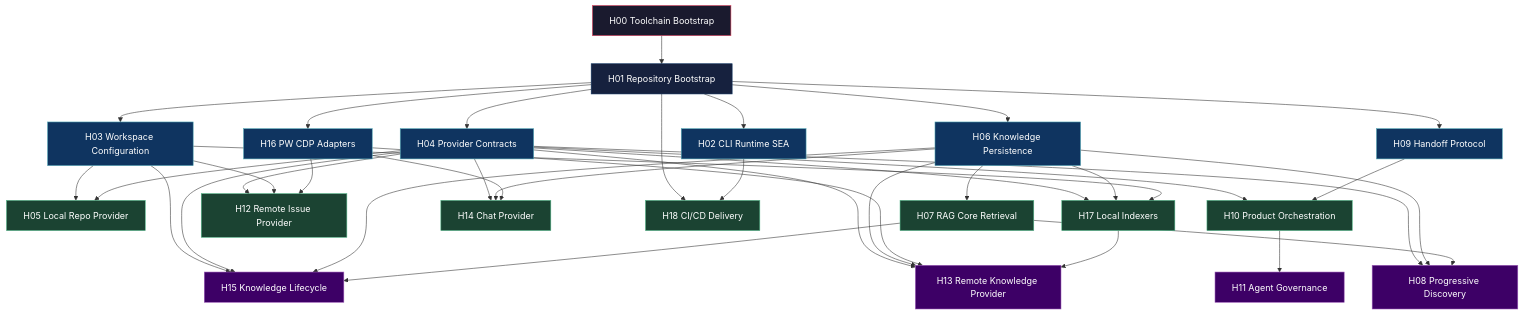
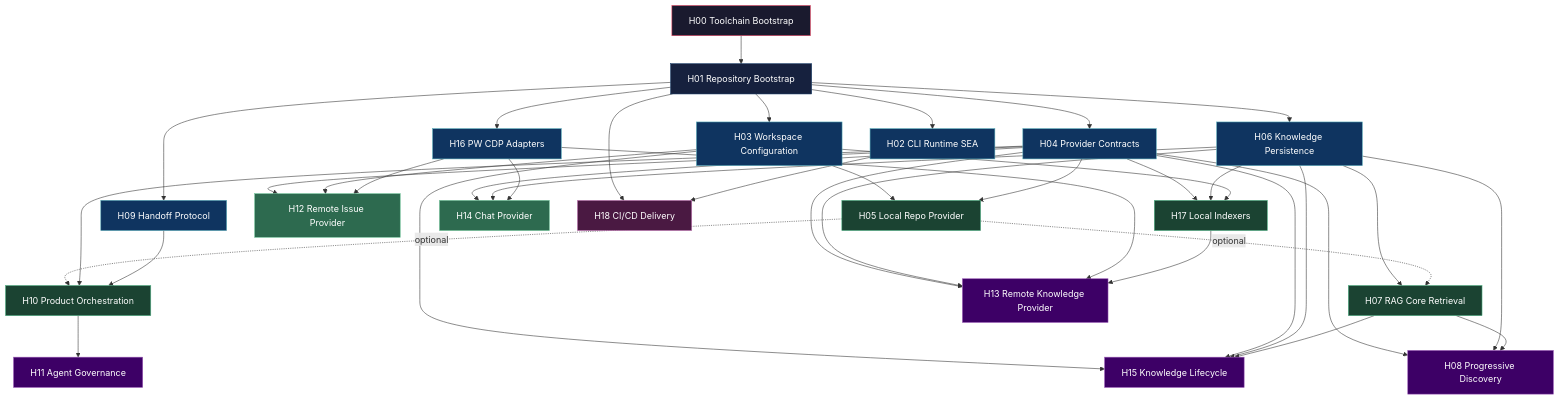
One commit to virgenherrera/virgil changed the first of 2 diagrams in VIRGIL_HANDOFF_SEED.md. Above: the diagram before and after it, drawn with Mermaid. The commit also changed other lines of this file and 4 other files, not shown here.

````diff
--- a/VIRGIL_HANDOFF_SEED.md
+++ b/VIRGIL_HANDOFF_SEED.md
@@ -1275,62 +1275,68 @@
 ```mermaid
 graph TD
     H00[H00 Toolchain Bootstrap] --> H01[H01 Repository Bootstrap]
 
     H01 --> H02[H02 CLI Runtime SEA]
     H01 --> H03[H03 Workspace Configuration]
     H01 --> H04[H04 Provider Contracts]
     H01 --> H06[H06 Knowledge Persistence]
     H01 --> H09[H09 Handoff Protocol]
     H01 --> H16[H16 PW CDP Adapters]
 
     H03 --> H05[H05 Local Repo Provider]
     H04 --> H05
 
     H06 --> H07[H07 RAG Core Retrieval]
+    H05 -.->|optional| H07
+    H05 -.->|optional| H10
 
     H04 --> H10[H10 Product Orchestration]
     H09 --> H10
 
     H10 --> H11[H11 Agent Governance]
 
     H04 --> H08[H08 Progressive Discovery]
     H06 --> H08
     H07 --> H08
 
     H04 --> H12[H12 Remote Issue Provider]
     H03 --> H12
     H16 --> H12
 
     H04 --> H13[H13 Remote Knowledge Provider]
     H06 --> H13
     H16 --> H13
     H17 --> H13
 
     H04 --> H14[H14 Chat Provider]
     H06 --> H14
     H16 --> H14
 
     H03 --> H15[H15 Knowledge Lifecycle]
     H04 --> H15
     H06 --> H15
     H07 --> H15
 
     H04 --> H17[H17 Local Indexers]
     H06 --> H17
     H03 --> H17
 
     H01 --> H18[H18 CI/CD Delivery]
     H02 --> H18
 
     classDef wave0 fill:#1a1a2e,stroke:#e94560,color:#fff
     classDef wave1 fill:#16213e,stroke:#0f3460,color:#fff
     classDef wave2 fill:#0f3460,stroke:#53a8b6,color:#fff
-    classDef wave3 fill:#1b4332,stroke:#52b788,color:#fff
+    classDef wave3a fill:#1b4332,stroke:#52b788,color:#fff
+    classDef wave3b fill:#2d6a4f,stroke:#74c69d,color:#fff
     classDef wave4 fill:#3d0066,stroke:#9b59b6,color:#fff
+    classDef wave5 fill:#4a1942,stroke:#c77dba,color:#fff
 
     class H00 wave0
     class H01 wave1
     class H02,H03,H04,H06,H09,H16 wave2
-    class H05,H07,H10,H12,H14,H17,H18 wave3
+    class H05,H07,H10,H17 wave3a
+    class H12,H14 wave3b
     class H08,H11,H13,H15 wave4
+    class H18 wave5
 ```
````
